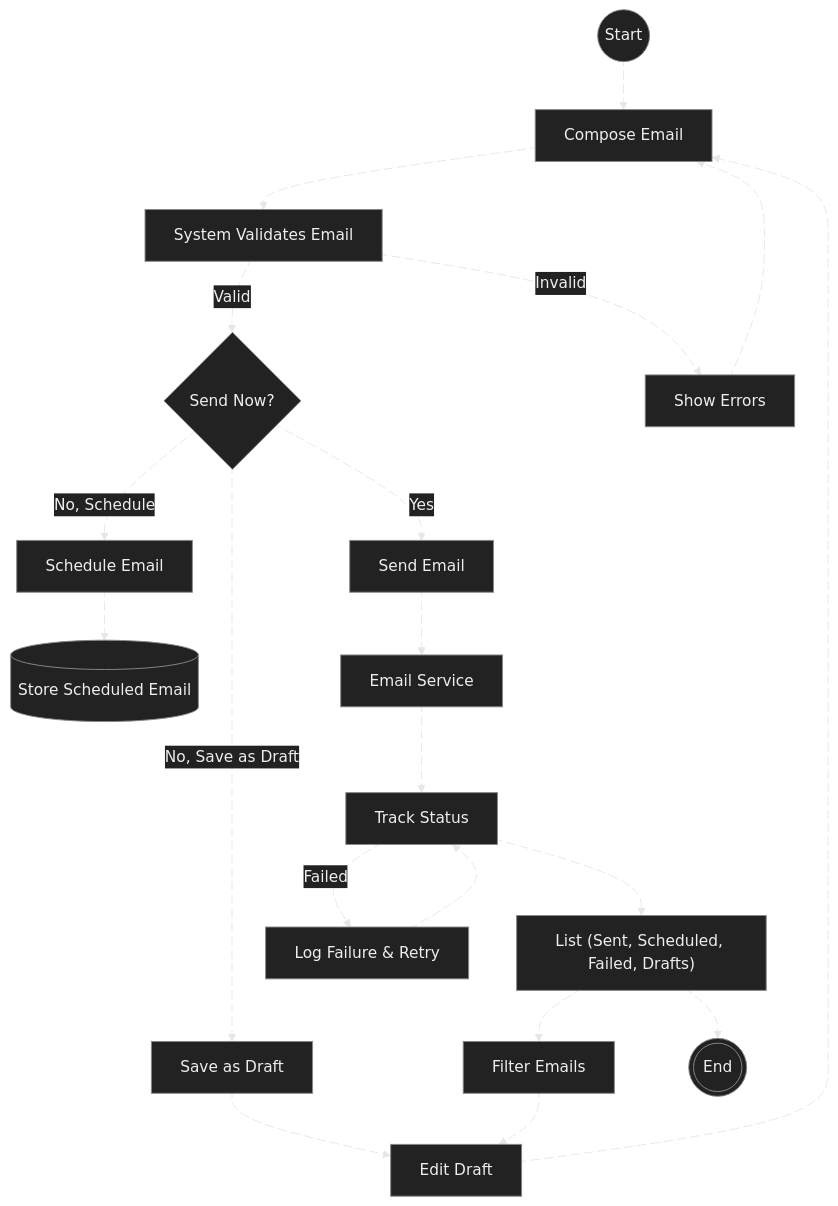
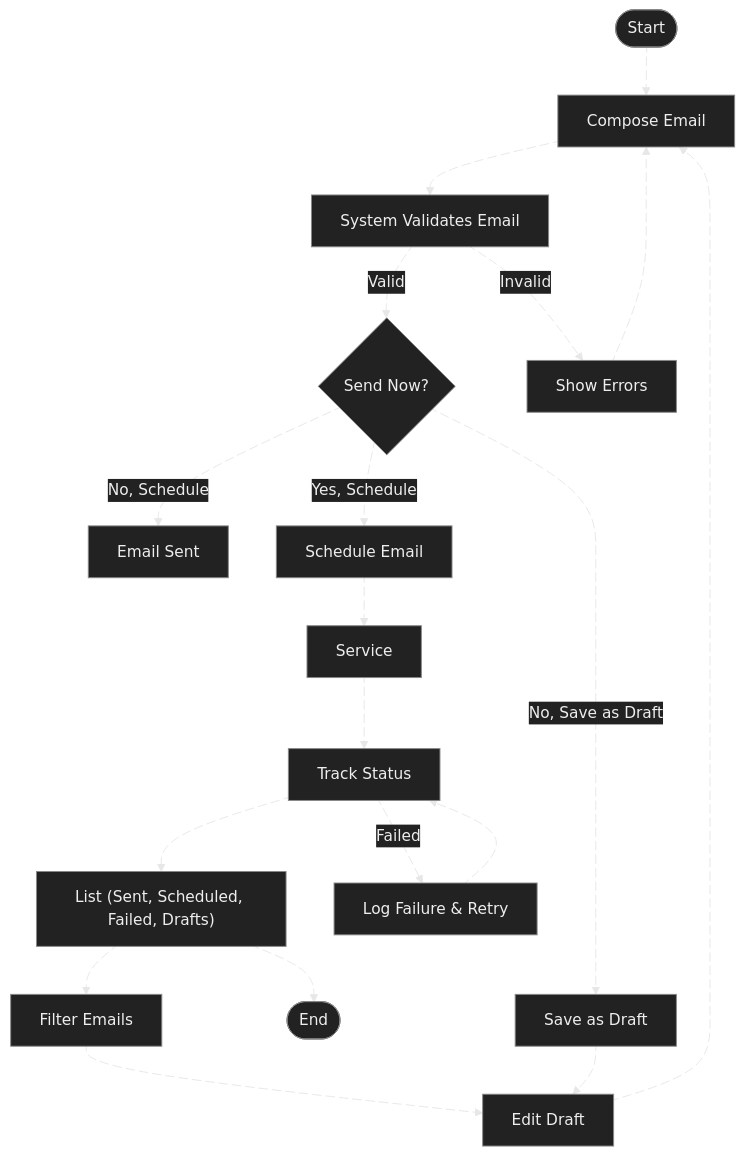
Before and after one commit to Harshita-capsitech/EmailDocs: the second of 3 diagrams in ScheduleEmails/overview.md, drawn with Mermaid.

````diff
--- a/ScheduleEmails/overview.md
+++ b/ScheduleEmails/overview.md
@@ -78,68 +78,67 @@
 ```mermaid
-%%{init: {
-  "theme": "base",
-  "themeVariables": {
-    "background": "#181818",
-    "primaryColor": "#222",
-    "primaryTextColor": "#EEEEEE",
-    "nodeBorder": "#888",
-    "fontSize": "16px"
-  }
-}}%%
-flowchart TD
-    start@{ shape: circle, label: "Start" }
-    CE@{ shape: rect, label: "Compose Email" }
-    VAL@{ shape: rect, label: "System Validates Email" }
-    SEND@{ shape: diamond, label: "Send Now?" }
-    ERR@{ shape: rect, label: "Show Errors" }
-    DR@{ shape: rect, label: "Save as Draft" }
-    EDIT@{ shape: rect, label: "Edit Draft" }
-    SCH@{ shape: rect, label: "Schedule Email" }
-    DB@{ shape: cyl, label: "Store Scheduled Email" }
-    SEND2@{ shape: rect, label: "Send Email" }
-    SMTP@{ shape: rect, label: "Email Service" }
-    STATUS@{ shape: rect, label: "Track Status" }
-    LIST@{ shape: rect, label: "List (Sent, Scheduled, Failed, Drafts)" }
-    FILTER@{ shape: rect, label: "Filter Emails" }
-    LOG@{ shape: rect, label: "Log Failure & Retry" }
-    END@{ shape: dbl-circ, label: "End" }
-    start s1@--> CE
-    CE s2@--> VAL
-    VAL s3@-->|Valid| SEND
-    VAL s4@-->|Invalid| ERR
-    ERR s5@--> CE
-    SEND s6@-->|No, Save as Draft| DR
-    DR s7@--> EDIT
-    EDIT s8@--> CE
-    SEND s9@-->|No, Schedule| SCH
-    SCH s10@--> DB
-    SEND s11@-->|Yes| SEND2
-    SEND2 s12@--> SMTP
-    SMTP s13@--> STATUS
-    STATUS s14@--> LIST
-    LIST s15@--> FILTER
-    FILTER s16@-.-> EDIT
-    STATUS s17@-->|Failed| LOG
-    LOG s18@--> STATUS
-    LIST s19@--> END
-    %% Animated Edges
-    s1@{ animation: fast }
-    s2@{ animation: fast }
-    s3@{ animation: fast }
-    s4@{ animation: fast }
-    s5@{ animation: fast }
-    s6@{ animation: fast }
-    s7@{ animation: fast }
-    s8@{ animation: fast }
-    s9@{ animation: fast }
-    s10@{ animation: fast }
-    s11@{ animation: fast }
-    s12@{ animation: fast }
-    s13@{ animation: fast }
-    s14@{ animation: fast }
-    s15@{ animation: fast }
-    s16@{ animation: fast }
-    s17@{ animation: fast }
-    s18@{ animation: fast }
-    s19@{ animation: fast }
+---
+config:
+  theme: base
+  themeVariables:
+    background: '#181818'
+    primaryColor: '#222'
+    primaryTextColor: '#eeeeee'
+    nodeBorder: '#888'
+    fontSize: 16px
+  layout: dagre
+---
+flowchart TB
+    start(["Start"]) e1@--> CE["Compose Email"]
+    CE e2@--> VAL["System Validates Email"]
+    VAL e3@-- Valid --> SEND{"Send Now?"}
+    VAL e4@-- Invalid --> ERR["Show Errors"]
+    ERR e5@--> CE
+    SEND e6@-- No, Schedule --> DB["Email Sent"]
+    SEND e7@-- Yes, Schedule --> SCH["Schedule Email"]
+    SCH e8@--> SMTP["Service"]
+    SMTP e9@--> STATUS["Track Status"]
+    STATUS e10@--> LIST["List (Sent, Scheduled, Failed, Drafts)"]
+    LIST e11@--> FILTER["Filter Emails"]
+    LIST e18@--> END(["End"])
+    FILTER e12@-.-> EDIT["Edit Draft"]
+    STATUS e13@-- Failed --> LOG["Log Failure & Retry"]
+    LOG e14@--> STATUS
+    SEND e15@-- No, Save as Draft --> DR["Save as Draft"]
+    DR e16@--> EDIT
+    EDIT e17@--> CE
+
+    style start animation:fast
+    style CE animation:fast
+    style VAL animation:fast
+    style SEND animation:fast
+    style ERR animation:fast
+    style DB animation:fast
+    style SCH animation:fast
+    style SMTP animation:fast
+    style STATUS animation:fast
+    style LIST animation:fast
+    style FILTER animation:fast
+    style END animation:fast
+    style EDIT animation:fast
+    style LOG animation:fast
+    style DR animation:fast
+
+    e1@{ animation: fast }
+    e2@{ animation: fast }
+    e3@{ animation: fast }
+    e4@{ animation: fast }
+    e5@{ animation: fast }
+    e6@{ animation: fast }
+    e7@{ animation: fast }
+    e8@{ animation: fast }
+    e9@{ animation: fast }
+    e10@{ animation: fast }
+    e11@{ animation: fast }
+    e12@{ animation: fast }
+    e13@{ animation: fast }
+    e14@{ animation: fast }
+    e15@{ animation: fast }
+    e16@{ animation: fast }
+    e17@{ animation: fast }
+    e18@{ animation: fast }
 ```
````
